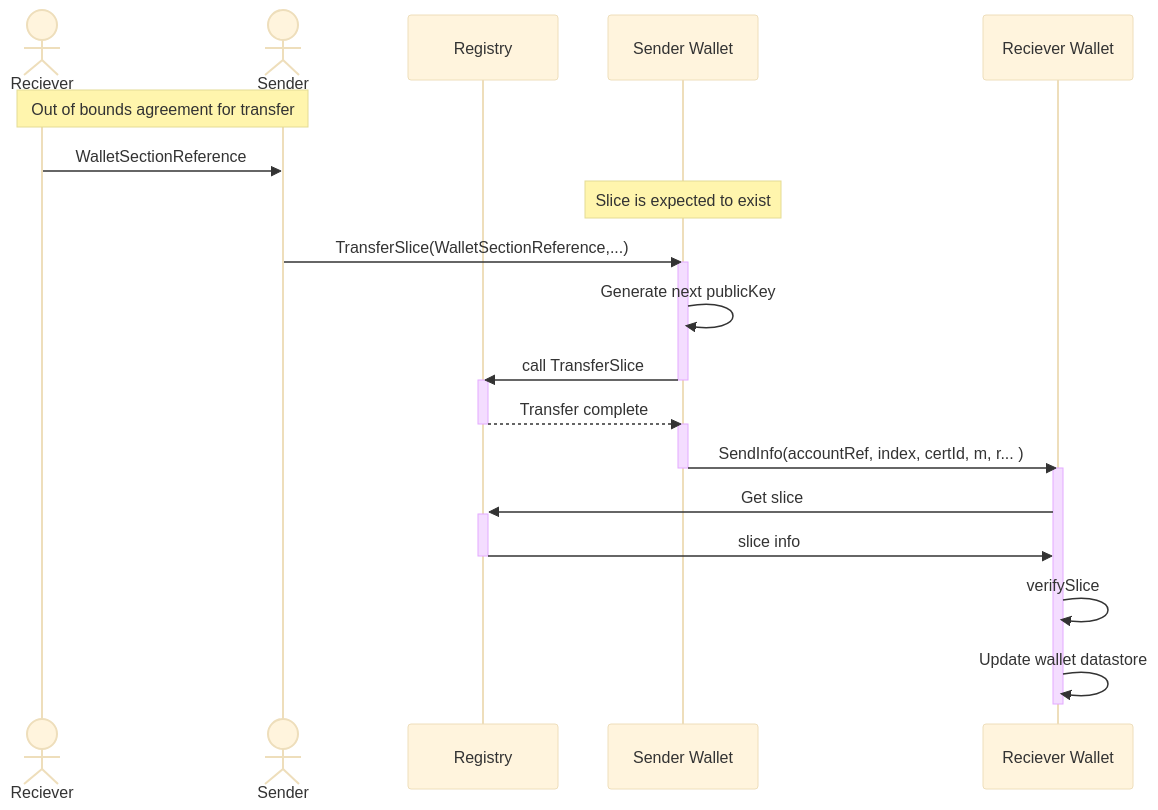
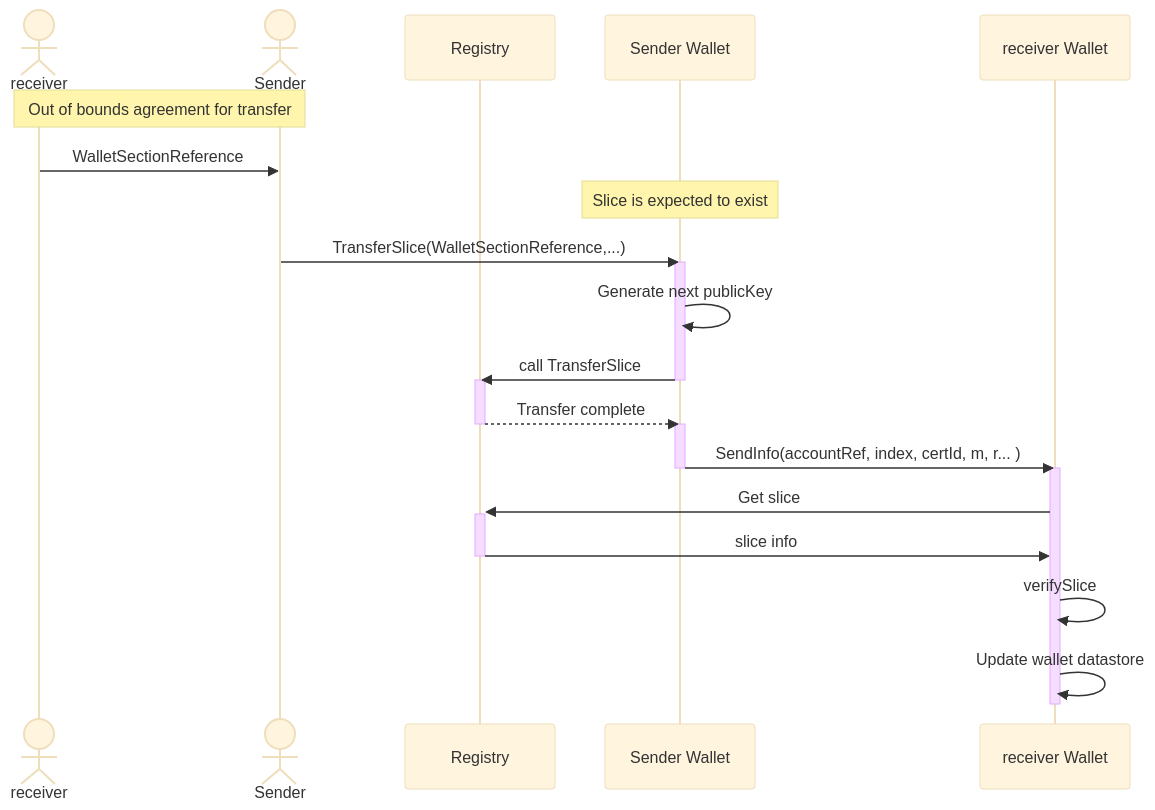
One commit to project-origin/wallet changed the diagram in doc/flows/transfer.md. Above: the diagram before and after it, drawn with Mermaid (base theme). The commit also changed 3 other files, not shown here.

Commit message:
Added receiveSlice flow description

````diff
--- a/doc/flows/transfer.md
+++ b/doc/flows/transfer.md
@@ -3,34 +3,34 @@
 ```mermaid
 sequenceDiagram
-    actor reciever as Reciever
+    actor receiver as receiver
     actor sender as Sender
     participant reg as Registry
     participant senderWallet as Sender Wallet
-    participant wallet as Reciever Wallet
+    participant wallet as receiver Wallet
 
-    Note over sender,reciever: Out of bounds agreement for transfer
-    reciever ->> sender: WalletSectionReference
+    Note over sender,receiver: Out of bounds agreement for transfer
+    receiver ->> sender: WalletSectionReference
     Note over senderWallet: Slice is expected to exist
 
     sender ->> senderWallet: TransferSlice(WalletSectionReference,...)
 
     activate senderWallet
     senderWallet ->> senderWallet: Generate next publicKey
     senderWallet ->> reg: call TransferSlice
     deactivate senderWallet
 
     activate reg
     reg -->> senderWallet: Transfer complete
     deactivate reg
 
     activate senderWallet
     senderWallet->> wallet: SendInfo(accountRef, index, certId, m, r... )
     deactivate senderWallet
 
     activate wallet
     wallet ->>+ reg: Get slice
     reg ->>- wallet: slice info
     wallet ->> wallet: verifySlice
     wallet ->> wallet: Update wallet datastore
     deactivate wallet
 ```
````
